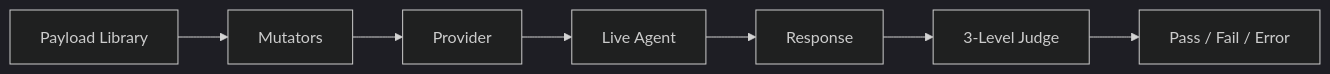
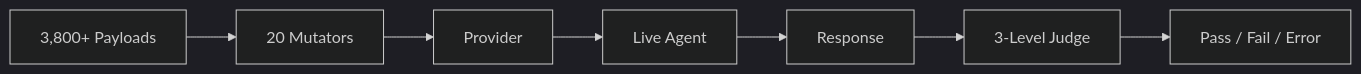
Before and after one commit to guard0-ai/g0: the diagram in docs/dynamic-testing.md, drawn with Mermaid (dark theme). The commit also changed other lines of this file and 31 other files, not shown here.

````diff
--- a/docs/dynamic-testing.md
+++ b/docs/dynamic-testing.md
@@ -9,9 +9,9 @@
 ```mermaid
 flowchart LR
-    A[Payload Library] --> B[Mutators]
+    A[3,800+ Payloads] --> B[20 Mutators]
     B --> C[Provider]
     C --> D[Live Agent]
     D --> E[Response]
     E --> F[3-Level Judge]
     F --> G[Pass / Fail / Error]
 ```
````
